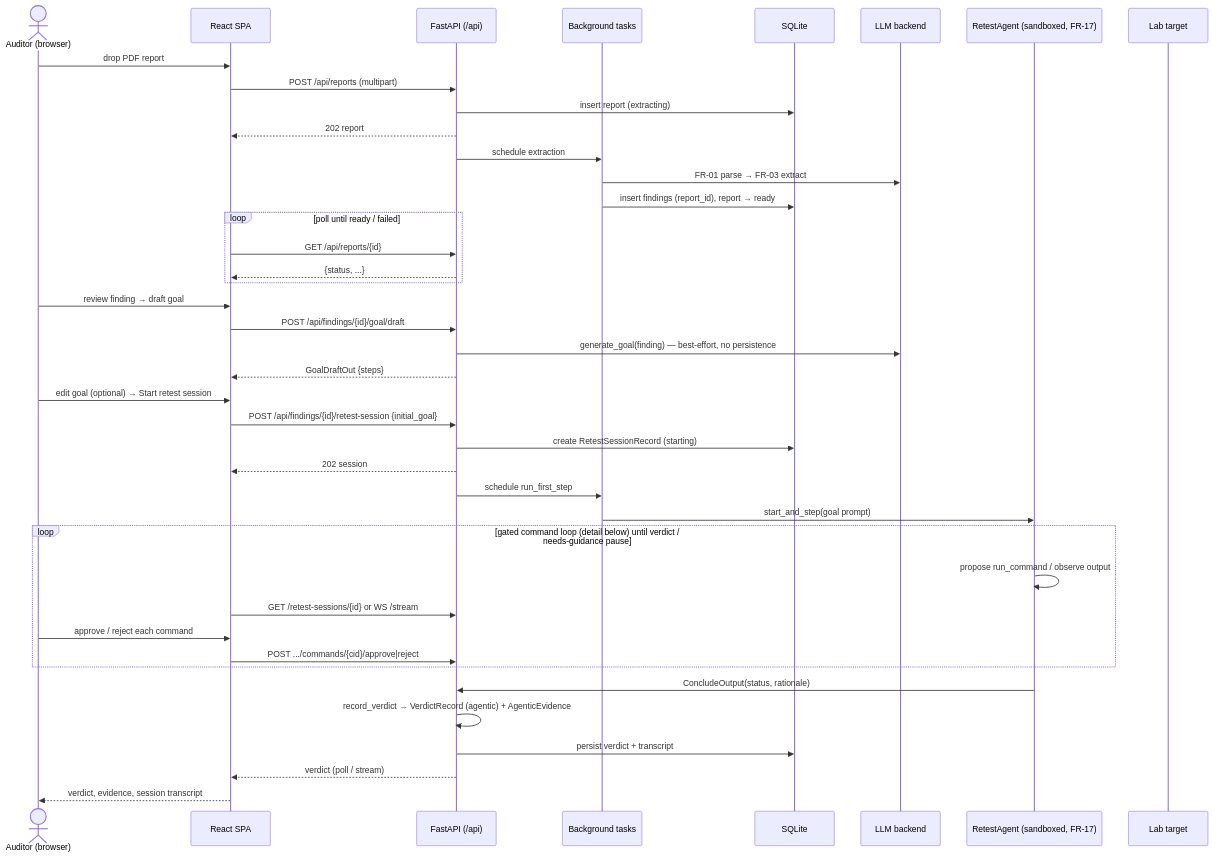
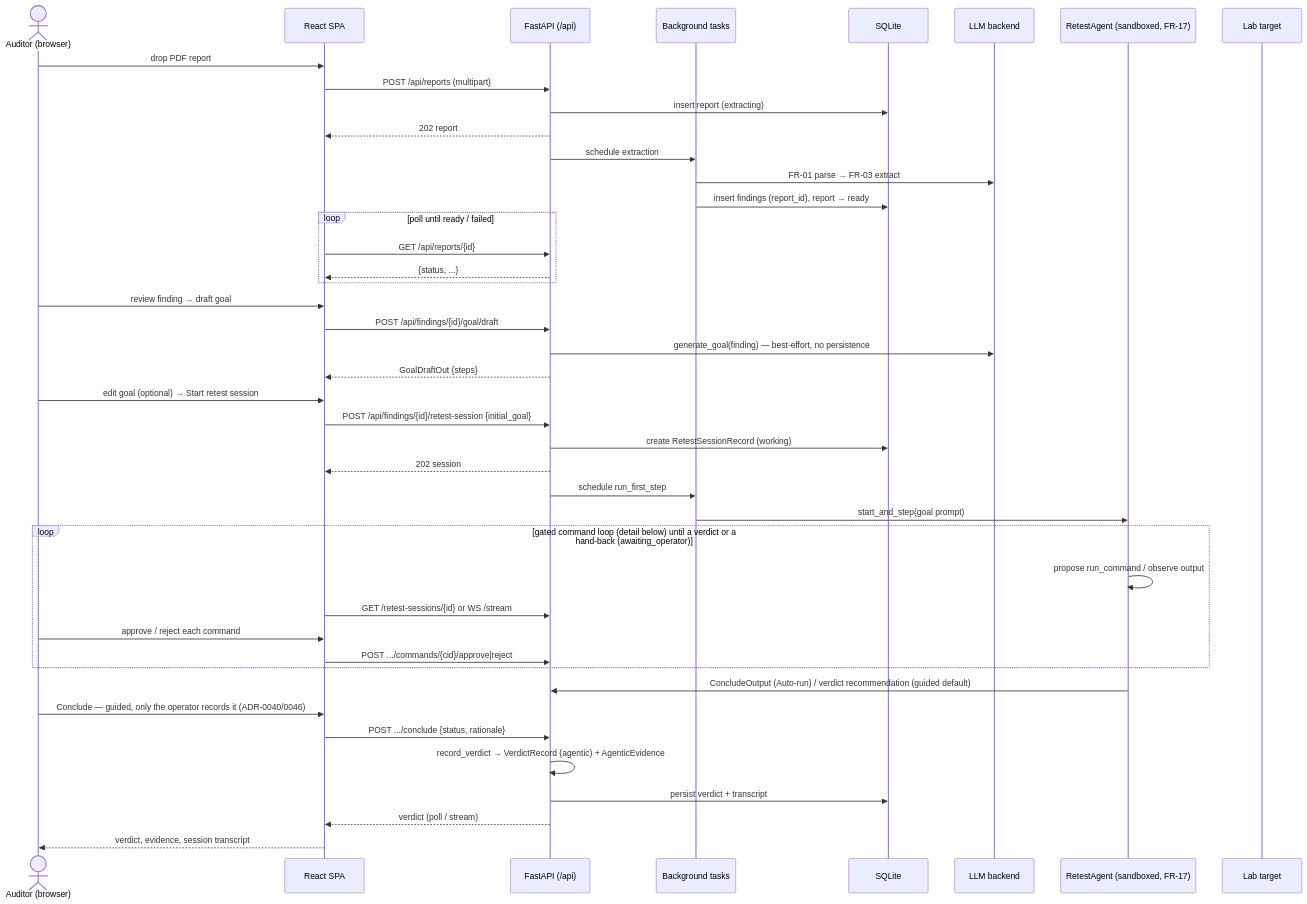
One commit to SelfishCoconut/revalid changed the sixth of 8 diagrams in docs/architecture/c4.md. Above: the diagram before and after it, drawn with Mermaid. The commit also changed other lines of this file and 29 other files, not shown here.

````diff
--- a/docs/architecture/c4.md
+++ b/docs/architecture/c4.md
@@ -345,44 +347,46 @@
 ```mermaid
 sequenceDiagram
     actor U as Auditor (browser)
     participant SPA as React SPA
     participant API as FastAPI (/api)
     participant W as Background tasks
     participant DB as SQLite
     participant LLM as LLM backend
     participant Agent as RetestAgent (sandboxed, FR-17)
     participant Lab as Lab target
 
     U->>SPA: drop PDF report
     SPA->>API: POST /api/reports (multipart)
     API->>DB: insert report (extracting)
     API-->>SPA: 202 report
     API->>W: schedule extraction
     W->>LLM: FR-01 parse → FR-03 extract
     W->>DB: insert findings (report_id), report → ready
     loop poll until ready / failed
         SPA->>API: GET /api/reports/{id}
         API-->>SPA: {status, ...}
     end
     U->>SPA: review finding → draft goal
     SPA->>API: POST /api/findings/{id}/goal/draft
     API->>LLM: generate_goal(finding) — best-effort, no persistence
     API-->>SPA: GoalDraftOut {steps}
     U->>SPA: edit goal (optional) → Start retest session
     SPA->>API: POST /api/findings/{id}/retest-session {initial_goal}
-    API->>DB: create RetestSessionRecord (starting)
+    API->>DB: create RetestSessionRecord (working)
     API-->>SPA: 202 session
     API->>W: schedule run_first_step
     W->>Agent: start_and_step(goal prompt)
-    loop gated command loop (detail below) until verdict / needs-guidance pause
+    loop gated command loop (detail below) until a verdict or a hand-back (awaiting_operator)
         Agent->>Agent: propose run_command / observe output
         SPA->>API: GET /retest-sessions/{id} or WS /stream
         U->>SPA: approve / reject each command
         SPA->>API: POST .../commands/{cid}/approve|reject
     end
-    Agent->>API: ConcludeOutput(status, rationale)
+    Agent->>API: ConcludeOutput (Auto-run) / verdict recommendation (guided default)
+    U->>SPA: Conclude — guided, only the operator records it (ADR-0040/0046)
+    SPA->>API: POST .../conclude {status, rationale}
     API->>API: record_verdict → VerdictRecord (agentic) + AgenticEvidence
     API->>DB: persist verdict + transcript
     API-->>SPA: verdict (poll / stream)
     SPA-->>U: verdict, evidence, session transcript
 ```
````
